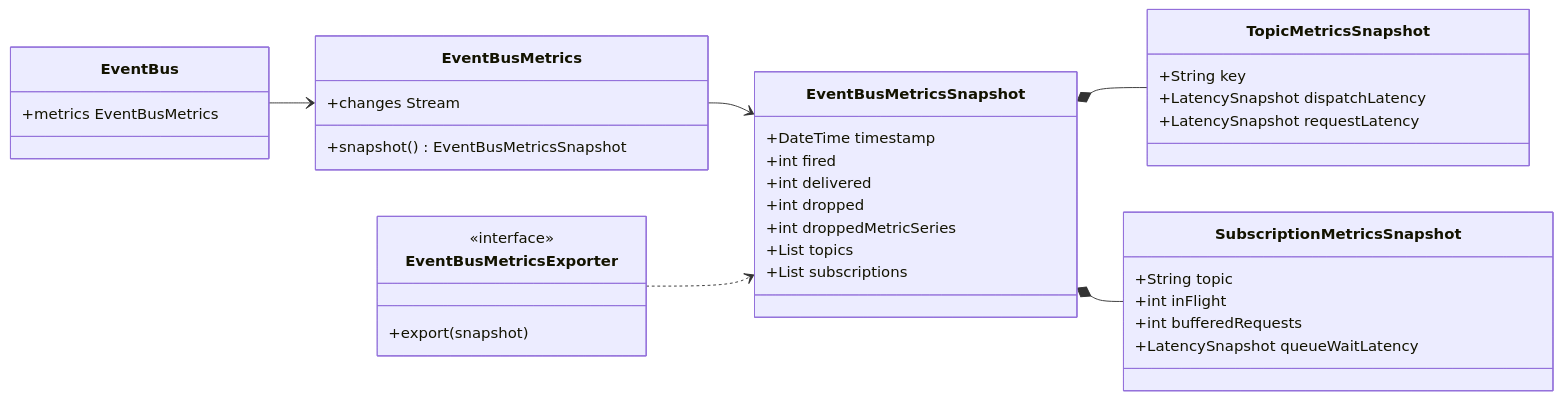
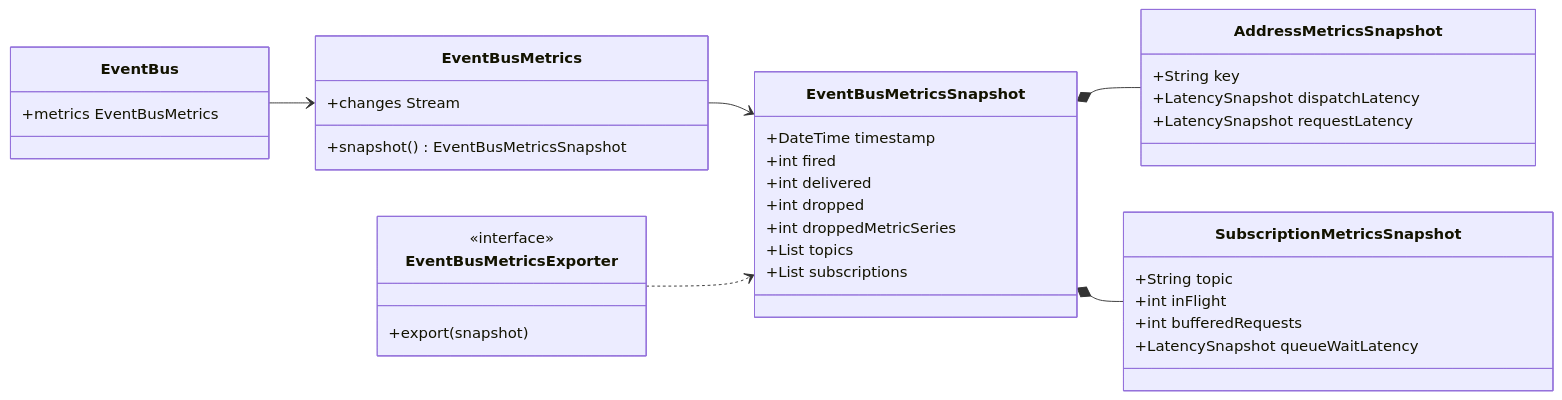
Before and after one commit to Avataromvatar/event_bus_arch: the second of 3 diagrams in doc/12-observability.md, drawn with Mermaid. The commit also changed other lines of this file and 60 other files, not shown here.

````diff
--- a/doc/12-observability.md
+++ b/doc/12-observability.md
@@ -111,40 +111,40 @@
 ```mermaid
 classDiagram
     direction LR
     class EventBus {
         +metrics EventBusMetrics
     }
     class EventBusMetrics {
         +snapshot() EventBusMetricsSnapshot
         +changes Stream
     }
     class EventBusMetricsSnapshot {
         +DateTime timestamp
         +int fired
         +int delivered
         +int dropped
         +int droppedMetricSeries
         +List topics
         +List subscriptions
     }
-    class TopicMetricsSnapshot {
+    class AddressMetricsSnapshot {
         +String key
         +LatencySnapshot dispatchLatency
         +LatencySnapshot requestLatency
     }
     class SubscriptionMetricsSnapshot {
         +String topic
         +int inFlight
         +int bufferedRequests
         +LatencySnapshot queueWaitLatency
     }
     class EventBusMetricsExporter {
         <<interface>>
         +export(snapshot)
     }
     EventBus --> EventBusMetrics
     EventBusMetrics --> EventBusMetricsSnapshot
-    EventBusMetricsSnapshot *-- TopicMetricsSnapshot
+    EventBusMetricsSnapshot *-- AddressMetricsSnapshot
     EventBusMetricsSnapshot *-- SubscriptionMetricsSnapshot
     EventBusMetricsExporter ..> EventBusMetricsSnapshot
 ```
````
